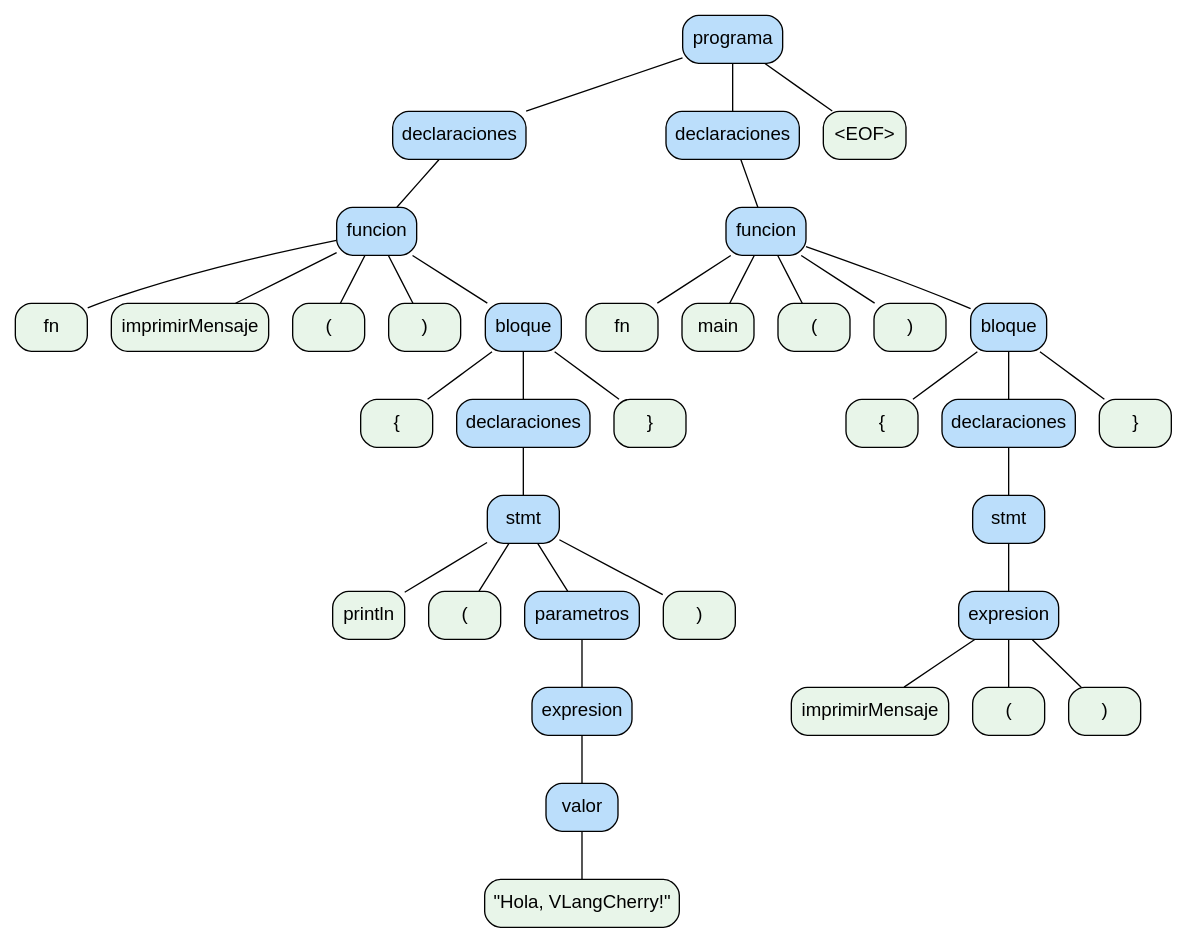
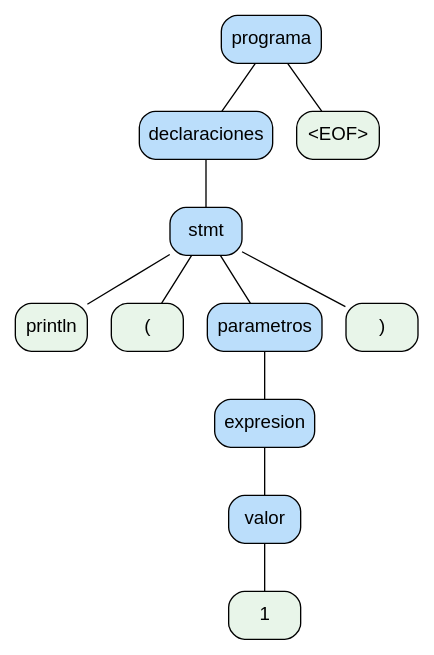
The diagram in ast.dot (YairCarrito45/-OLC2_Proyecto2_G19), drawn with Graphviz before and after one commit. The commit also changed 11 other files, not shown here.

```diff
--- a/ast.dot
+++ b/ast.dot
@@ -1,73 +1,25 @@
 digraph G {
   node [shape=box, style="rounded,filled", fontname="Arial"];
   edge [arrowhead=none];
   0 [label="programa", fillcolor="#bbdefb"];
   1 [label="declaraciones", fillcolor="#bbdefb"];
-  2 [label="funcion", fillcolor="#bbdefb"];
-  3 [label="fn", fillcolor="#e8f5e9"];
+  2 [label="stmt", fillcolor="#bbdefb"];
+  3 [label="println", fillcolor="#e8f5e9"];
   2 -> 3;
-  4 [label="imprimirMensaje", fillcolor="#e8f5e9"];
+  4 [label="(", fillcolor="#e8f5e9"];
   2 -> 4;
-  5 [label="(", fillcolor="#e8f5e9"];
+  5 [label="parametros", fillcolor="#bbdefb"];
+  6 [label="expresion", fillcolor="#bbdefb"];
+  7 [label="valor", fillcolor="#bbdefb"];
+  8 [label="1", fillcolor="#e8f5e9"];
+  7 -> 8;
+  6 -> 7;
+  5 -> 6;
   2 -> 5;
-  6 [label=")", fillcolor="#e8f5e9"];
-  2 -> 6;
-  7 [label="bloque", fillcolor="#bbdefb"];
-  8 [label="{", fillcolor="#e8f5e9"];
-  7 -> 8;
-  9 [label="declaraciones", fillcolor="#bbdefb"];
-  10 [label="stmt", fillcolor="#bbdefb"];
-  11 [label="println", fillcolor="#e8f5e9"];
-  10 -> 11;
-  12 [label="(", fillcolor="#e8f5e9"];
-  10 -> 12;
-  13 [label="parametros", fillcolor="#bbdefb"];
-  14 [label="expresion", fillcolor="#bbdefb"];
-  15 [label="valor", fillcolor="#bbdefb"];
-  16 [label="\"Hola, VLangCherry!\"", fillcolor="#e8f5e9"];
-  15 -> 16;
-  14 -> 15;
-  13 -> 14;
-  10 -> 13;
-  17 [label=")", fillcolor="#e8f5e9"];
-  10 -> 17;
-  9 -> 10;
-  7 -> 9;
-  18 [label="}", fillcolor="#e8f5e9"];
-  7 -> 18;
-  2 -> 7;
+  9 [label=")", fillcolor="#e8f5e9"];
+  2 -> 9;
   1 -> 2;
   0 -> 1;
-  19 [label="declaraciones", fillcolor="#bbdefb"];
-  20 [label="funcion", fillcolor="#bbdefb"];
-  21 [label="fn", fillcolor="#e8f5e9"];
-  20 -> 21;
-  22 [label="main", fillcolor="#e8f5e9"];
-  20 -> 22;
-  23 [label="(", fillcolor="#e8f5e9"];
-  20 -> 23;
-  24 [label=")", fillcolor="#e8f5e9"];
-  20 -> 24;
-  25 [label="bloque", fillcolor="#bbdefb"];
-  26 [label="{", fillcolor="#e8f5e9"];
-  25 -> 26;
-  27 [label="declaraciones", fillcolor="#bbdefb"];
-  28 [label="stmt", fillcolor="#bbdefb"];
-  29 [label="expresion", fillcolor="#bbdefb"];
-  30 [label="imprimirMensaje", fillcolor="#e8f5e9"];
-  29 -> 30;
-  31 [label="(", fillcolor="#e8f5e9"];
-  29 -> 31;
-  32 [label=")", fillcolor="#e8f5e9"];
-  29 -> 32;
-  28 -> 29;
-  27 -> 28;
-  25 -> 27;
-  33 [label="}", fillcolor="#e8f5e9"];
-  25 -> 33;
-  20 -> 25;
-  19 -> 20;
-  0 -> 19;
-  34 [label="<EOF>", fillcolor="#e8f5e9"];
-  0 -> 34;
+  10 [label="<EOF>", fillcolor="#e8f5e9"];
+  0 -> 10;
 }
```
